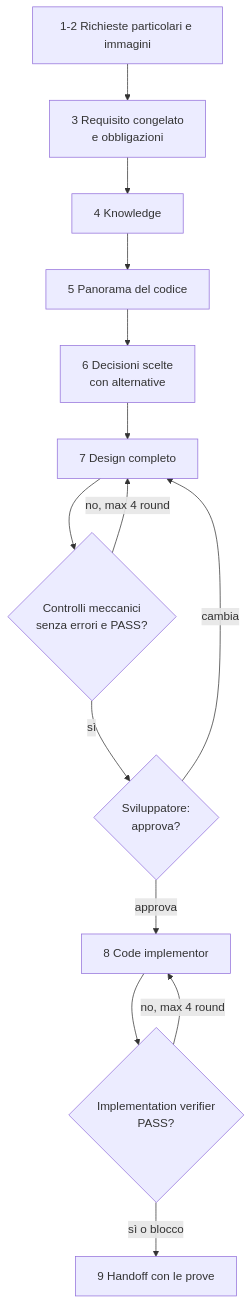
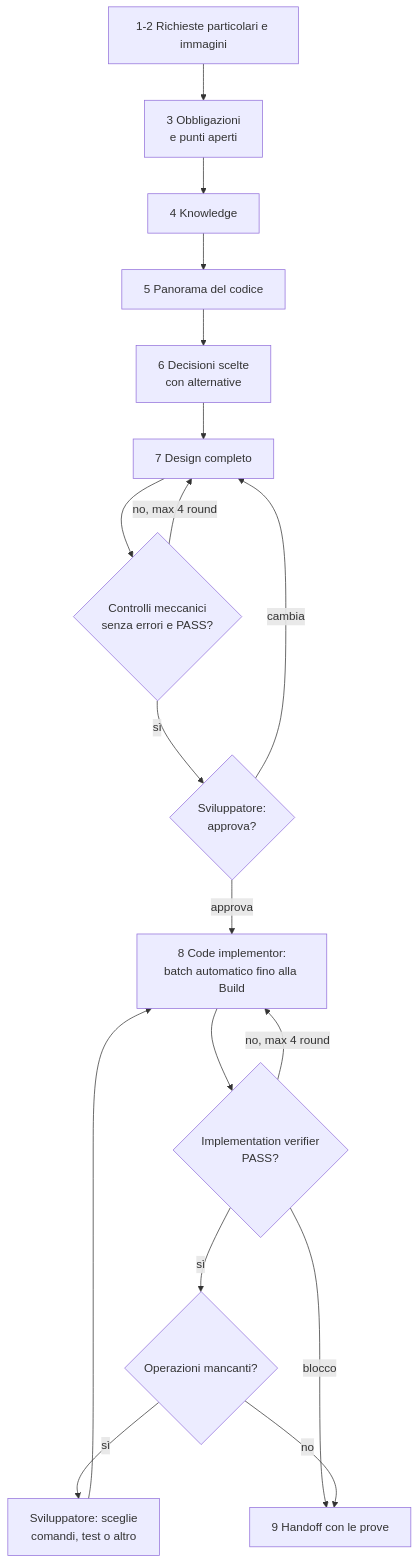
Before and after one commit to violabg/agentic-system-lessons: the second of 2 diagrams in orchestrator/slides/reference-flow.md, drawn with Mermaid. The commit also changed other lines of this file and 38 other files, not shown here.

````diff
--- a/orchestrator/slides/reference-flow.md
+++ b/orchestrator/slides/reference-flow.md
@@ -45,16 +45,20 @@
 ```mermaid
 flowchart TD
-    D1[1-2 Richieste particolari e immagini] --> D3[3 Requisito congelato<br/>e obbligazioni]
+    D1[1-2 Richieste particolari e immagini] --> D3[3 Obbligazioni<br/>e punti aperti]
     D3 --> D4[4 Knowledge]
     D4 --> D5[5 Panorama del codice]
     D5 --> D6[6 Decisioni scelte<br/>con alternative]
     D6 --> D7[7 Design completo]
     D7 --> Checks{Controlli meccanici<br/>senza errori e PASS?}
     Checks -->|no, max 4 round| D7
     Checks -->|sì| Review{Sviluppatore:<br/>approva?}
     Review -->|cambia| D7
-    Review -->|approva| D8[8 Code implementor]
+    Review -->|approva| D8[8 Code implementor:<br/>batch automatico fino alla Build]
     D8 --> Verify{Implementation verifier<br/>PASS?}
     Verify -->|no, max 4 round| D8
-    Verify -->|sì o blocco| D9[9 Handoff con le prove]
+    Verify -->|sì| Consult{Operazioni mancanti?}
+    Verify -->|blocco| D9
+    Consult -->|sì| Select[Sviluppatore: sceglie<br/>comandi, test o altro]
+    Select --> D8
+    Consult -->|no| D9[9 Handoff con le prove]
 ```
````
